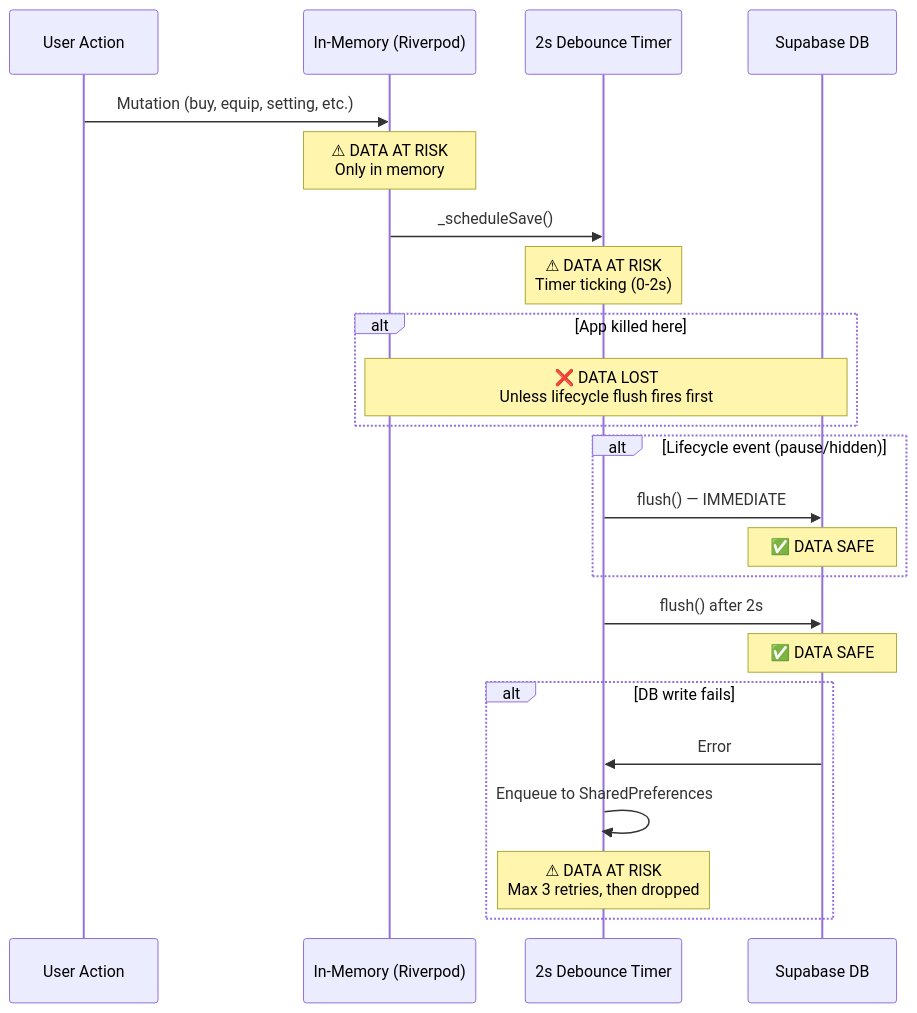
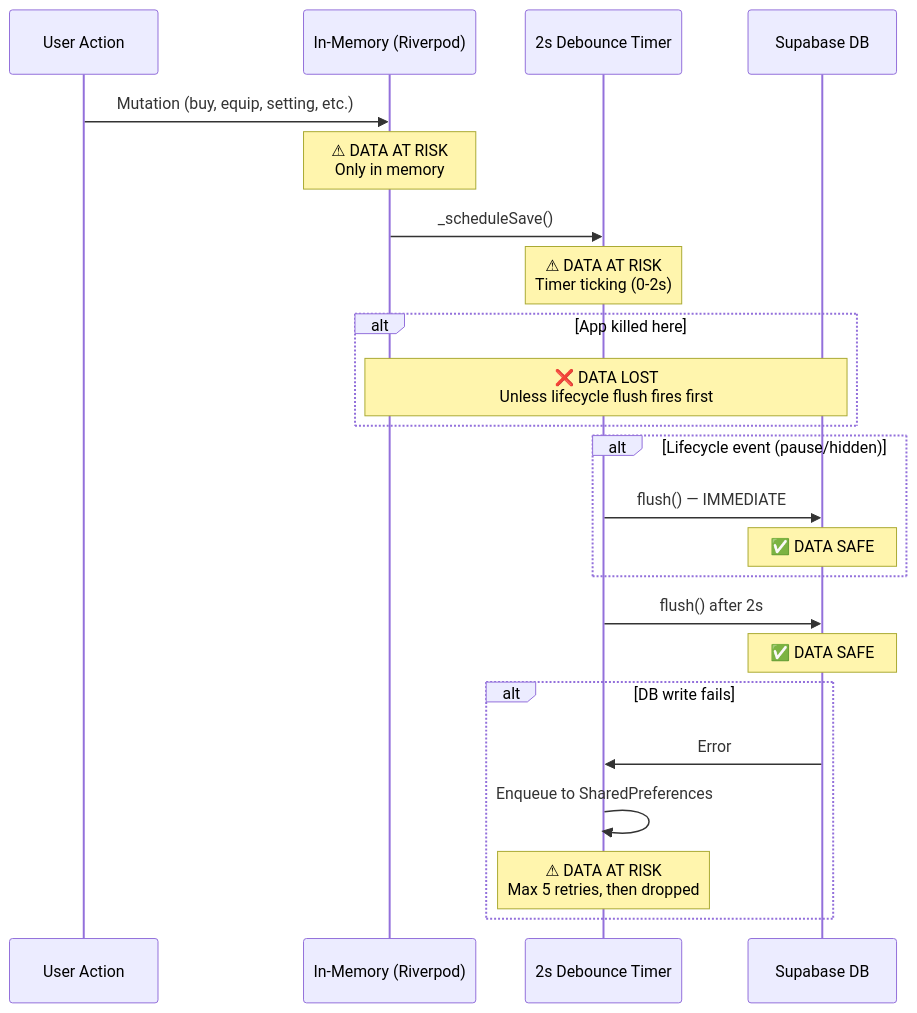
Diagram 16 of 17 in ARCHITECTURE.md (JamieMBright/flit), drawn with Mermaid before and after one commit. The commit also changed other lines of this file and 13 other files, not shown here.

````diff
--- a/ARCHITECTURE.md
+++ b/ARCHITECTURE.md
@@ -891,31 +891,31 @@
 ```mermaid
 sequenceDiagram
     participant Action as User Action
     participant Memory as In-Memory (Riverpod)
     participant Timer as 2s Debounce Timer
     participant DB as Supabase DB
 
     Action->>Memory: Mutation (buy, equip, setting, etc.)
     Note over Memory: ⚠ DATA AT RISK<br/>Only in memory
 
     Memory->>Timer: _scheduleSave()
     Note over Timer: ⚠ DATA AT RISK<br/>Timer ticking (0-2s)
 
     alt App killed here
         Note over Memory,DB: ❌ DATA LOST<br/>Unless lifecycle flush fires first
     end
 
     alt Lifecycle event (pause/hidden)
         Timer->>DB: flush() — IMMEDIATE
         Note over DB: ✅ DATA SAFE
     end
 
     Timer->>DB: flush() after 2s
     Note over DB: ✅ DATA SAFE
 
     alt DB write fails
         DB->>Timer: Error
         Timer->>Timer: Enqueue to SharedPreferences
-        Note over Timer: ⚠ DATA AT RISK<br/>Max 3 retries, then dropped
+        Note over Timer: ⚠ DATA AT RISK<br/>Max 5 retries, then dropped
     end
 ```
````
